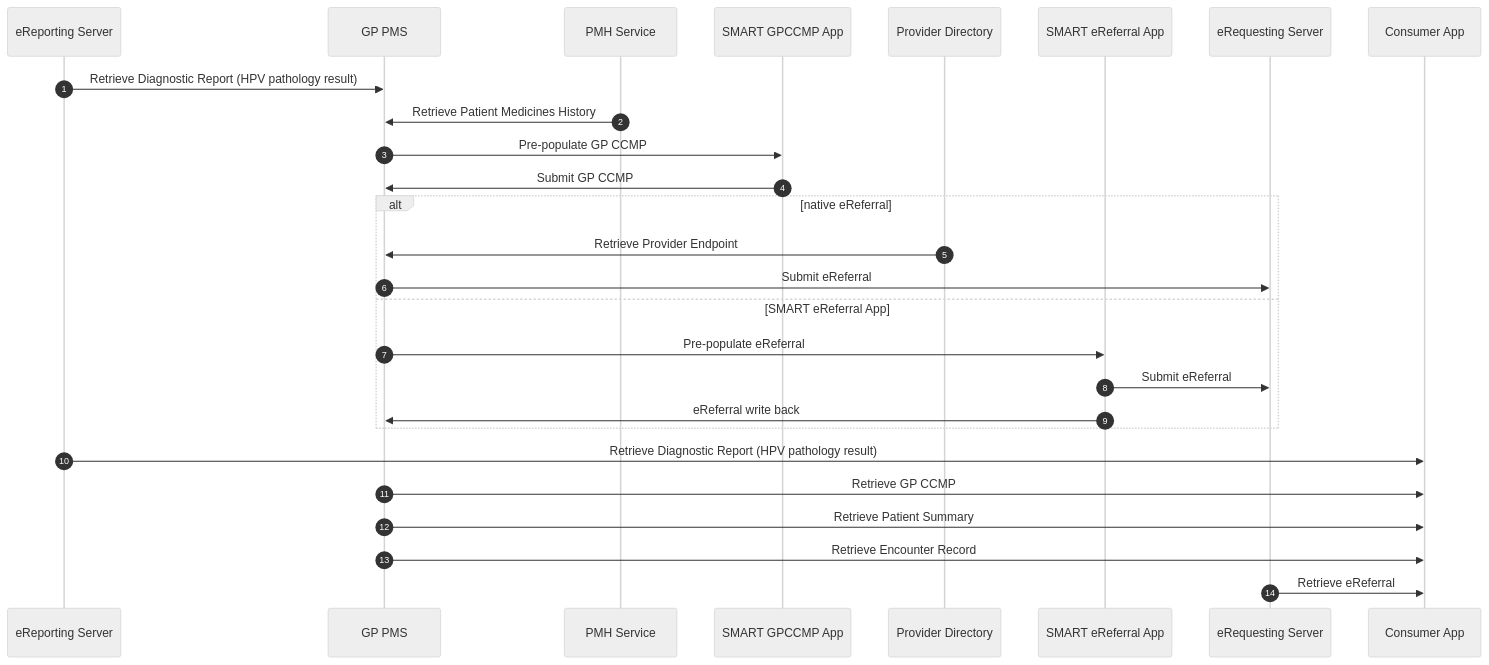
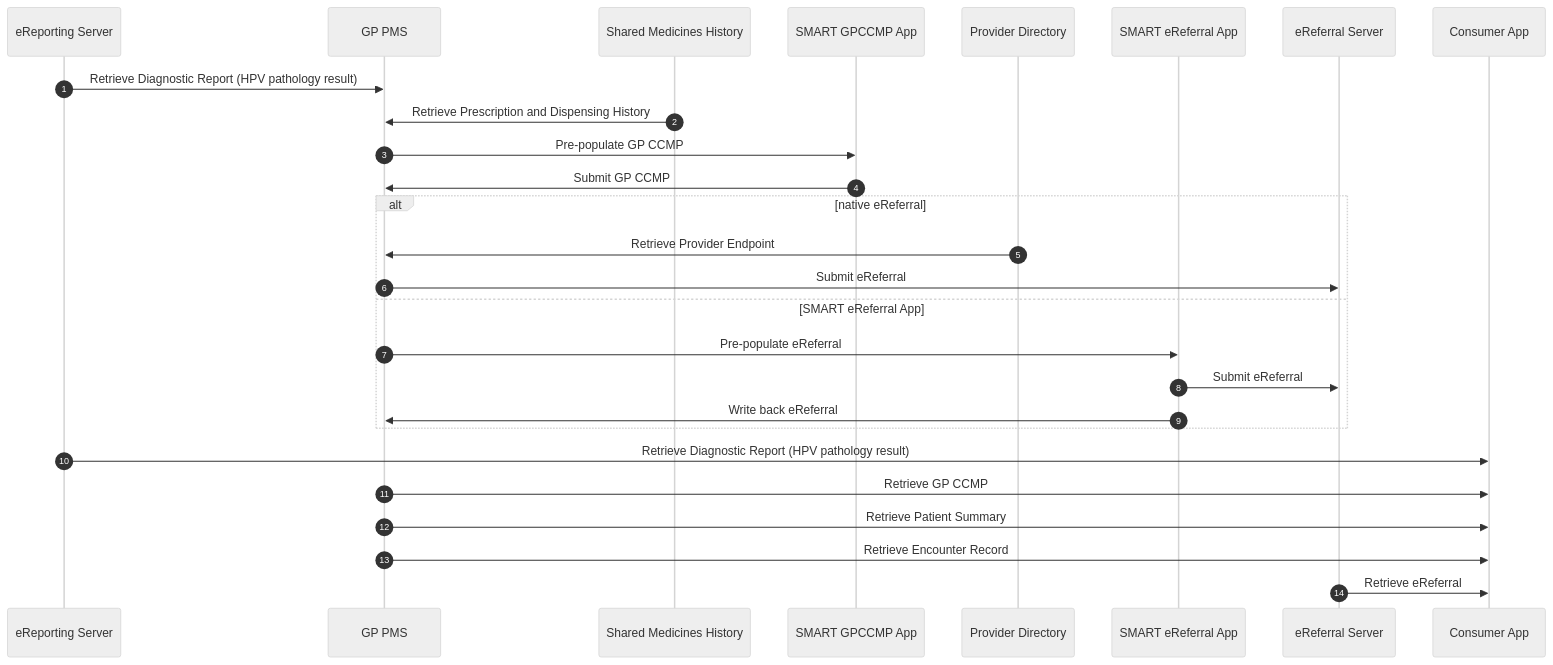
One commit to hl7au/au-fhir-test-data changed the second of 7 diagrams in au-fhir-test-data-set/connected-care/Alex Story Interactions.md. Above: the diagram before and after it, drawn with Mermaid (neutral theme). The commit also changed other lines of this file, not shown here.

Commit message:
Updated Alex Story Interactions to add interaction summary and links to test data. Updated some sequences

````diff
--- a/au-fhir-test-data-set/connected-care/Alex Story Interactions.md
+++ b/au-fhir-test-data-set/connected-care/Alex Story Interactions.md
@@ -26,34 +45,34 @@
 ```mermaid
 sequenceDiagram
     autonumber
     participant RptSvr as eReporting Server
     participant PMS as GP PMS
-    participant PMH as PMH Service
+    participant PMH as Shared Medicines History
     participant CPApp as SMART GPCCMP App
     participant PD as Provider Directory
     participant RefApp as SMART eReferral App
-    participant ReqSvr as eRequesting Server
+    participant RefSvr as eReferral Server
     participant PatApp as Consumer App
     
     RptSvr->>PMS: Retrieve Diagnostic Report (HPV pathology result)
-    PMH->>PMS: Retrieve Patient Medicines History
+    PMH->>PMS: Retrieve Prescription and Dispensing History
 
     PMS->>CPApp: Pre-populate GP CCMP
     CPApp->>PMS: Submit GP CCMP
 
     alt native eReferral 
       PD->>PMS: Retrieve Provider Endpoint
-      PMS->>ReqSvr: Submit eReferral
+      PMS->>RefSvr: Submit eReferral
     else SMART eReferral App
       PMS->>RefApp: Pre-populate eReferral
-      RefApp->>ReqSvr: Submit eReferral
-      RefApp->>PMS: eReferral write back
+      RefApp->>RefSvr: Submit eReferral
+      RefApp->>PMS: Write back eReferral 
     end
 
     RptSvr->>PatApp: Retrieve Diagnostic Report (HPV pathology result)
     PMS->>PatApp: Retrieve GP CCMP
     PMS->>PatApp: Retrieve Patient Summary
     PMS->>PatApp: Retrieve Encounter Record
-    ReqSvr->>PatApp: Retrieve eReferral
+    RefSvr->>PatApp: Retrieve eReferral
 
 ```
````
